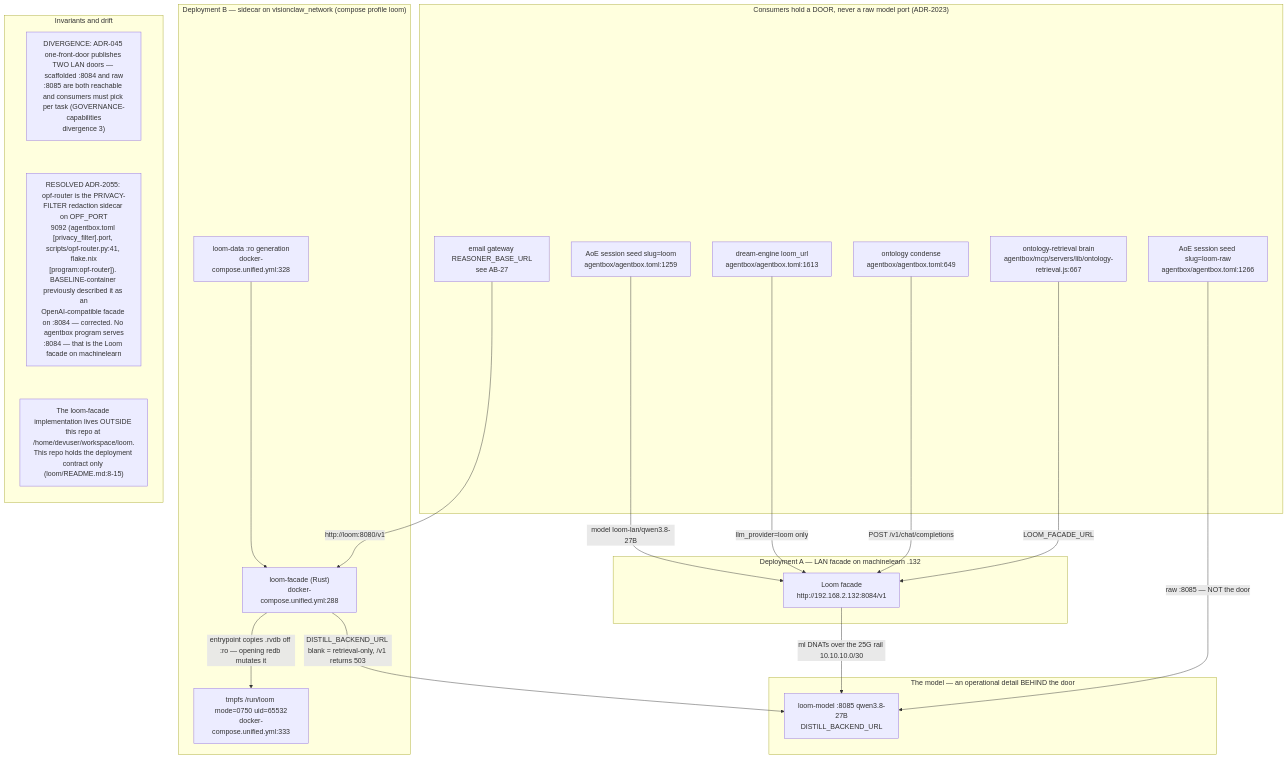
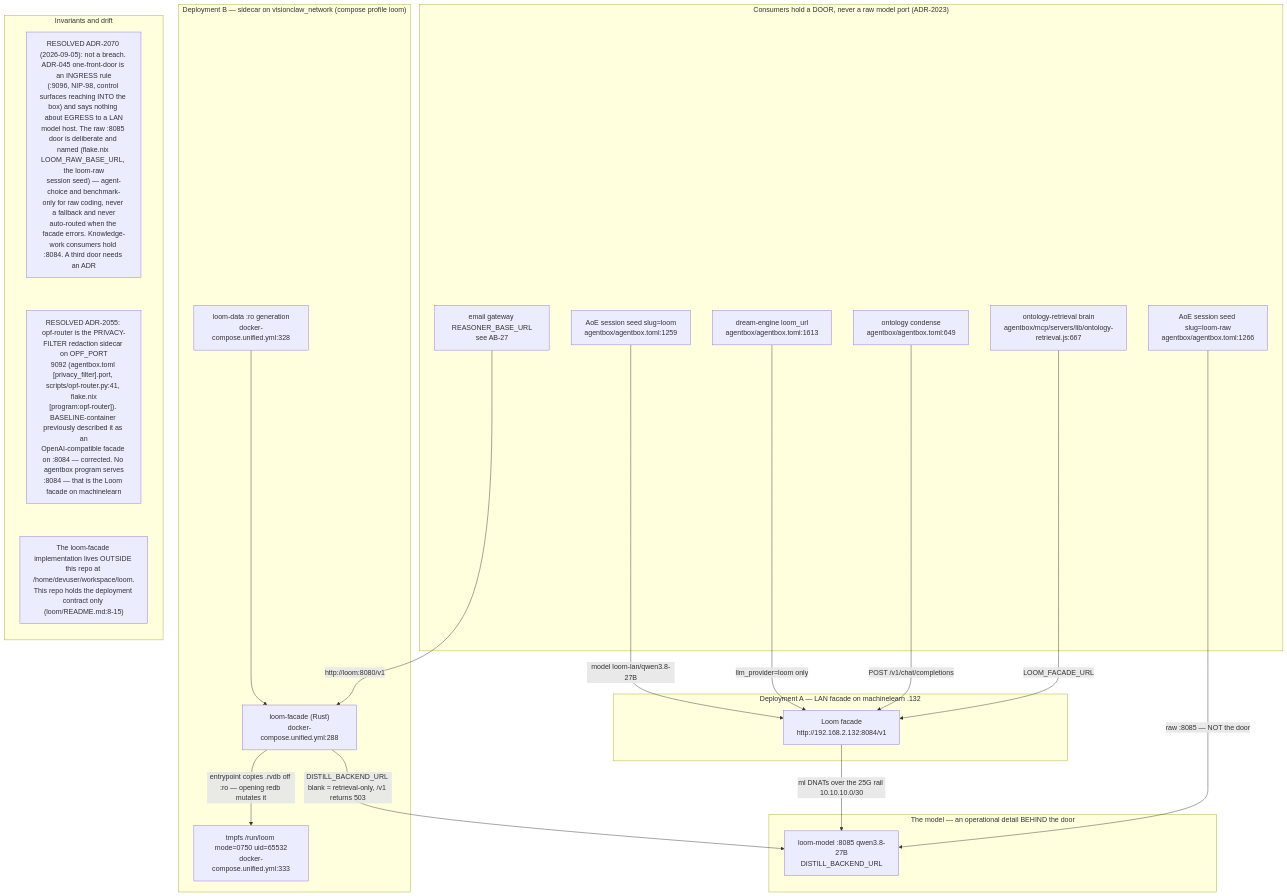
The first of 9 diagrams in docs/diagrams/agentbox/24-loom-facade.md (DreamLab-AI/AR-AI-Knowledge-Graph), drawn with Mermaid before and after one commit. The commit also changed other lines of this file and 172 other files, not shown here.

````diff
--- a/docs/diagrams/agentbox/24-loom-facade.md
+++ b/docs/diagrams/agentbox/24-loom-facade.md
@@ -20,39 +22,39 @@
 ```mermaid
 flowchart TB
     subgraph consumers["Consumers hold a DOOR, never a raw model port (ADR-2023)"]
         RET["ontology-retrieval brain<br/>agentbox/mcp/servers/lib/ontology-retrieval.js:667"]
         COND["ontology condense<br/>agentbox/agentbox.toml:649"]
         DREAM["dream-engine loom_url<br/>agentbox/agentbox.toml:1613"]
         SEED["AoE session seed slug=loom<br/>agentbox/agentbox.toml:1259"]
         SEEDRAW["AoE session seed slug=loom-raw<br/>agentbox/agentbox.toml:1266"]
         EMAIL["email gateway REASONER_BASE_URL<br/>see AB-27"]
     end
     subgraph depA["Deployment A — LAN facade on machinelearn .132"]
         F84["Loom facade<br/>http://192.168.2.132:8084/v1"]
     end
     subgraph depB["Deployment B — sidecar on visionclaw_network (compose profile loom)"]
         SIDE["loom-facade (Rust)<br/>docker-compose.unified.yml:288"]
         TMPFS["tmpfs /run/loom mode=0750 uid=65532<br/>docker-compose.unified.yml:333"]
         DATA["loom-data :ro generation<br/>docker-compose.unified.yml:328"]
     end
     subgraph model["The model — an operational detail BEHIND the door"]
         M85["loom-model :8085 qwen3.8-27B<br/>DISTILL_BACKEND_URL"]
     end
     RET -->|"LOOM_FACADE_URL"| F84
     COND -->|"POST /v1/chat/completions"| F84
     DREAM -->|"llm_provider=loom only"| F84
     SEED -->|"model loom-lan/qwen3.8-27B"| F84
     SEEDRAW -->|"raw :8085 — NOT the door"| M85
     EMAIL -->|"http://loom:8080/v1"| SIDE
     F84 -->|"ml DNATs over the 25G rail 10.10.10.0/30"| M85
     SIDE -->|"DISTILL_BACKEND_URL blank = retrieval-only, /v1 returns 503"| M85
     DATA --> SIDE
     SIDE -->|"entrypoint copies .rvdb off :ro — opening redb mutates it"| TMPFS
     subgraph notes["Invariants and drift"]
         direction TB
-        N1["DIVERGENCE: ADR-045 one-front-door publishes TWO LAN doors — scaffolded :8084 and raw<br/>:8085 are both reachable and consumers must pick per task (GOVERNANCE-capabilities<br/>divergence 3)"]
+        N1["RESOLVED ADR-2070 #40;2026-09-05#41;: not a breach. ADR-045 one-front-door is an INGRESS rule<br/>#40;:9096, NIP-98, control surfaces reaching INTO the box#41; and says nothing about EGRESS to a LAN<br/>model host. The raw :8085 door is deliberate and named #40;flake.nix LOOM_RAW_BASE_URL, the loom-raw<br/>session seed#41; — agent-choice and benchmark-only for raw coding, never a fallback and never<br/>auto-routed when the facade errors. Knowledge-work consumers hold :8084. A third door needs an ADR"]
         N2["RESOLVED ADR-2055: opf-router is the PRIVACY-FILTER redaction sidecar on OPF_PORT<br/>9092 (agentbox.toml [privacy_filter].port, scripts/opf-router.py:41, flake.nix<br/>[program:opf-router]). BASELINE-container previously described it as an<br/>OpenAI-compatible facade on :8084 — corrected. No agentbox program serves<br/>:8084 — that is the Loom facade on machinelearn"]
         N3["The loom-facade implementation lives OUTSIDE this repo at /home/devuser/workspace/loom.<br/>This repo holds the deployment contract only (loom/README.md:8-15)"]
         N1 ~~~ N2 ~~~ N3
     end
 ```
````
